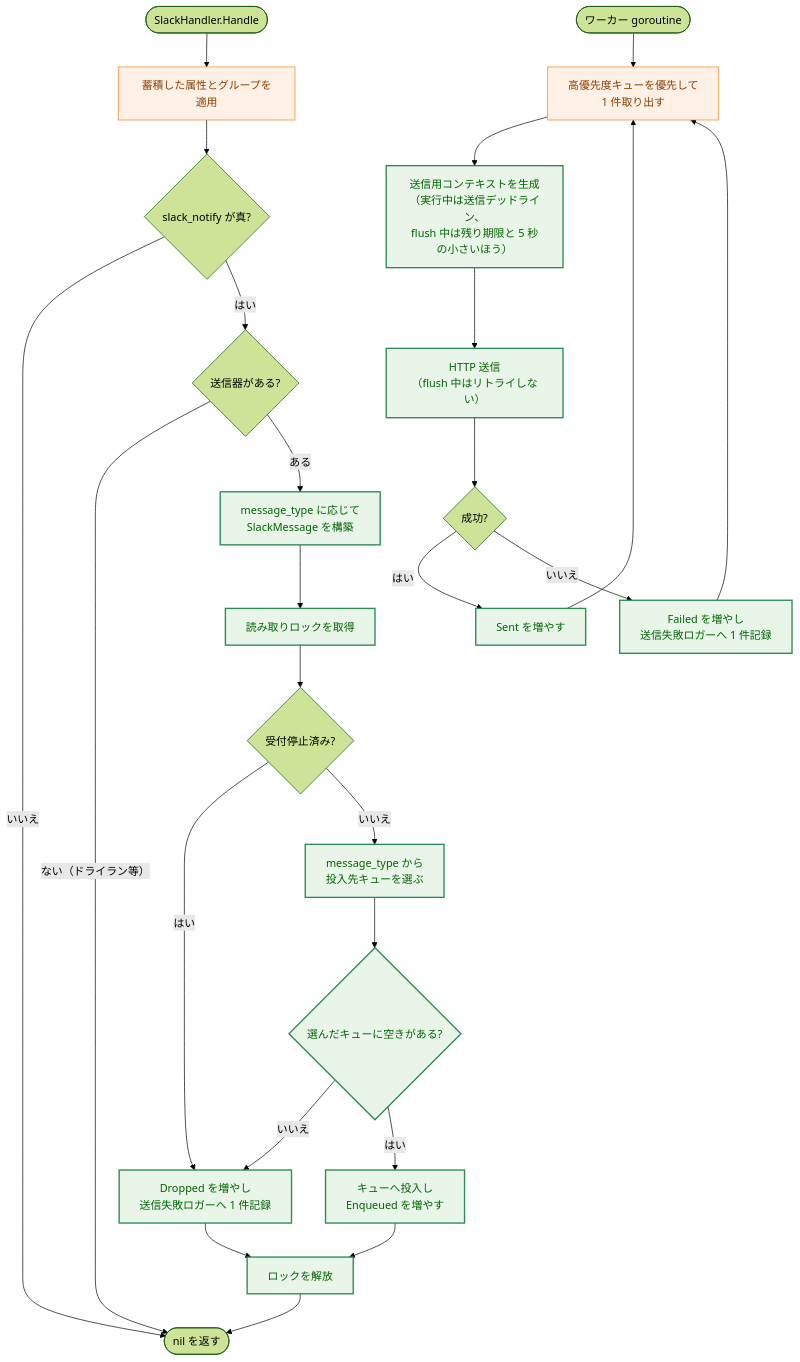
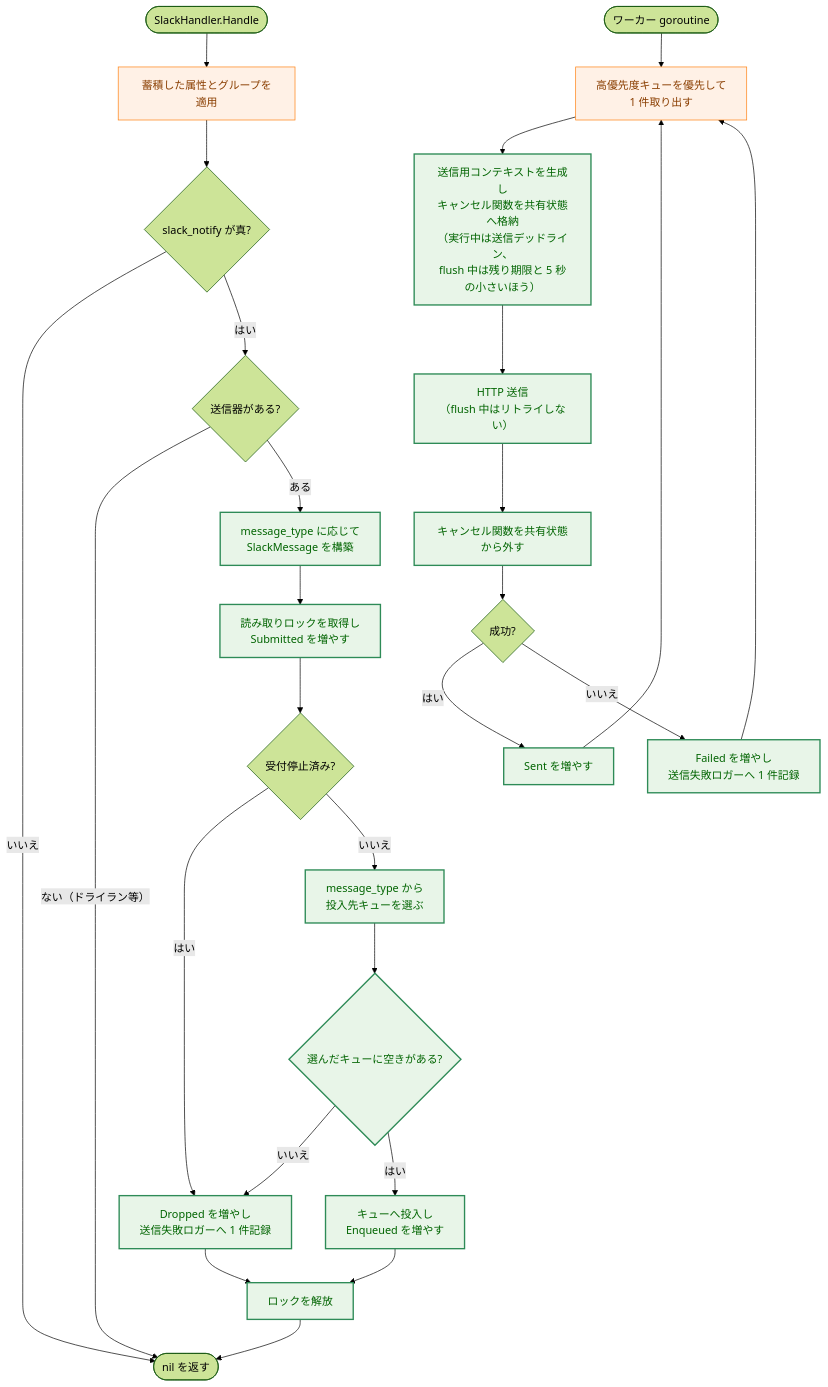
One commit to isseis/go-safe-cmd-runner changed the ninth of 10 diagrams in docs/tasks/0163_redaction_coverage_and_slack_async/02_architecture.md. Above: the diagram before and after it, drawn with Mermaid (forest theme). The commit also changed other lines of this file, not shown here.

````diff
--- a/docs/tasks/0163_redaction_coverage_and_slack_async/02_architecture.md
+++ b/docs/tasks/0163_redaction_coverage_and_slack_async/02_architecture.md
@@ -869,34 +892,35 @@
 ```mermaid
 flowchart TD
     classDef process fill:#fff1e6,stroke:#ff7f0e,stroke-width:1px,color:#8a3e00;
     classDef enhanced fill:#e8f5e8,stroke:#2e8b57,stroke-width:2px,color:#006400;
 
     S(["SlackHandler.Handle"]) --> A1["蓄積した属性とグループを適用"]
     A1 --> C1{"slack_notify が真?"}
     C1 -->|"いいえ"| RET(["nil を返す"])
     C1 -->|"はい"| C2{"送信器がある?"}
     C2 -->|"ない（ドライラン等）"| RET
     C2 -->|"ある"| BUILD["message_type に応じて<br>SlackMessage を構築"]
-    BUILD --> LOCK["読み取りロックを取得"]
+    BUILD --> LOCK["読み取りロックを取得し<br>Submitted を増やす"]
     LOCK --> C3{"受付停止済み?"}
     C3 -->|"はい"| DROP["Dropped を増やし<br>送信失敗ロガーへ 1 件記録"]
     C3 -->|"いいえ"| SEL["message_type から<br>投入先キューを選ぶ"]
     SEL --> ENQ{"選んだキューに空きがある?"}
     ENQ -->|"いいえ"| DROP
     ENQ -->|"はい"| PUT["キューへ投入し<br>Enqueued を増やす"]
     DROP --> UNLOCK["ロックを解放"]
     PUT --> UNLOCK
     UNLOCK --> RET
 
     W(["ワーカー goroutine"]) --> WT["高優先度キューを優先して<br>1 件取り出す"]
-    WT --> WCTX["送信用コンテキストを生成<br>（実行中は送信デッドライン、<br>flush 中は残り期限と 5 秒の小さいほう）"]
+    WT --> WCTX["送信用コンテキストを生成し<br>キャンセル関数を共有状態へ格納<br>（実行中は送信デッドライン、<br>flush 中は残り期限と 5 秒の小さいほう）"]
     WCTX --> WSEND["HTTP 送信<br>（flush 中はリトライしない）"]
-    WSEND --> WRES{"成功?"}
+    WSEND --> WCLR["キャンセル関数を共有状態から外す"]
+    WCLR --> WRES{"成功?"}
     WRES -->|"はい"| WOK["Sent を増やす"]
     WRES -->|"いいえ"| WNG["Failed を増やし<br>送信失敗ロガーへ 1 件記録"]
     WOK --> WT
     WNG --> WT
 
-    class BUILD,LOCK,SEL,ENQ,PUT,DROP,UNLOCK,WCTX,WSEND,WOK,WNG enhanced
+    class BUILD,LOCK,SEL,ENQ,PUT,DROP,UNLOCK,WCTX,WSEND,WCLR,WOK,WNG enhanced
     class A1,WT process
 ```
````
